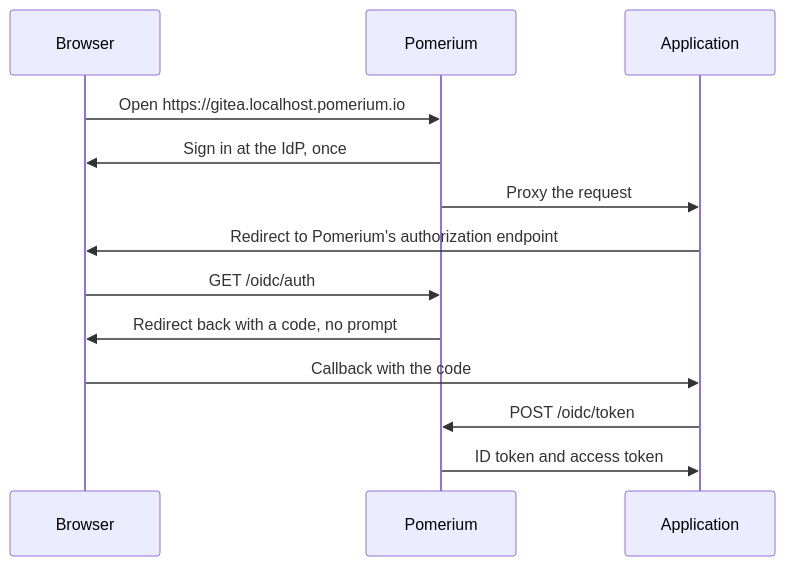
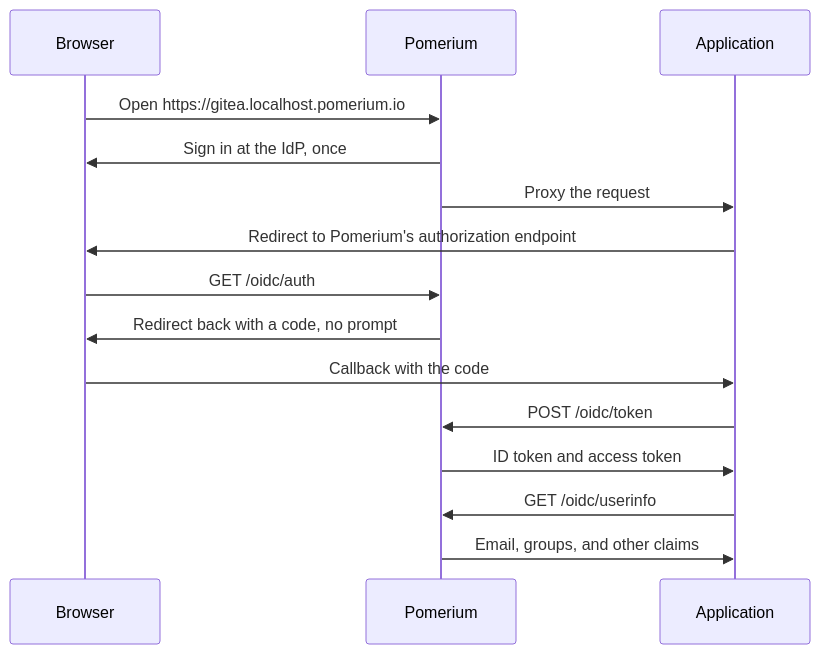
Before and after one commit to pomerium/documentation: the diagram in content/docs/capabilities/oidc-bridge.mdx, drawn with Mermaid. The commit also changed other lines of this file, not shown here.

First line of the commit message:
docs: update the OIDC bridge page for current Pomerium main

````diff
--- a/content/docs/capabilities/oidc-bridge.mdx
+++ b/content/docs/capabilities/oidc-bridge.mdx
@@ -42,15 +42,17 @@
 ```mermaid
 sequenceDiagram
   participant B as Browser
   participant P as Pomerium
   participant A as Application
   B->>P: Open https://gitea.localhost.pomerium.io
   P->>B: Sign in at the IdP, once
   P->>A: Proxy the request
   A->>B: Redirect to Pomerium's authorization endpoint
   B->>P: GET /oidc/auth
   P->>B: Redirect back with a code, no prompt
   B->>A: Callback with the code
   A->>P: POST /oidc/token
   P->>A: ID token and access token
+  A->>P: GET /oidc/userinfo
+  P->>A: Email, groups, and other claims
 ```
````
